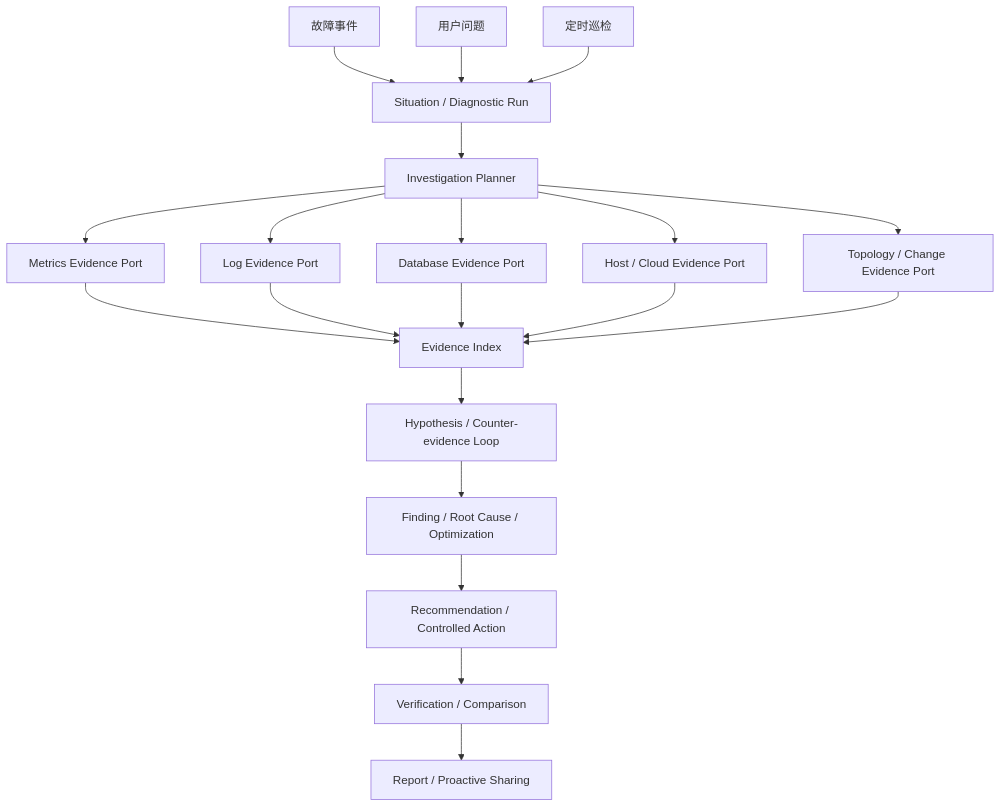
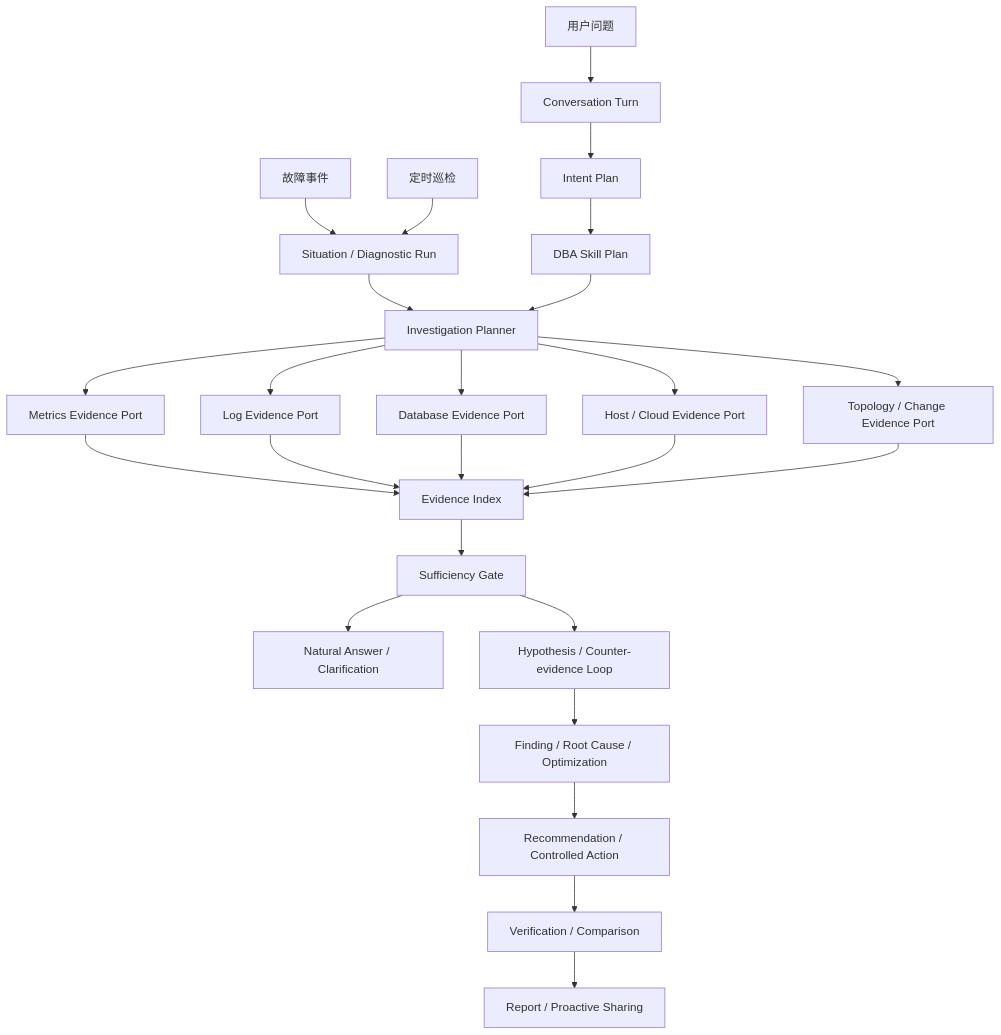
One commit to munger1985/kbot changed the diagram in docs/architecture/aiops-agent.md. Above: the diagram before and after it, drawn with Mermaid. The commit also changed other lines of this file and 5 other files, not shown here.

````diff
--- a/docs/architecture/aiops-agent.md
+++ b/docs/architecture/aiops-agent.md
@@ -13,25 +15,30 @@
 ```mermaid
 flowchart TD
     A1[故障事件] --> SIT[Situation / Diagnostic Run]
-    A2[用户问题] --> SIT
+    A2[用户问题] --> TURN[Conversation Turn]
     A3[定时巡检] --> SIT
 
     SIT --> PLAN[Investigation Planner]
+    TURN --> IP[Intent Plan]
+    IP --> SP[DBA Skill Plan]
+    SP --> PLAN
     PLAN --> MP[Metrics Evidence Port]
     PLAN --> LP[Log Evidence Port]
     PLAN --> DP[Database Evidence Port]
     PLAN --> HP[Host / Cloud Evidence Port]
     PLAN --> TP[Topology / Change Evidence Port]
 
     MP --> EI[Evidence Index]
     LP --> EI
     DP --> EI
     HP --> EI
     TP --> EI
 
-    EI --> H[Hypothesis / Counter-evidence Loop]
+    EI --> SG[Sufficiency Gate]
+    SG --> ANS[Natural Answer / Clarification]
+    SG --> H[Hypothesis / Counter-evidence Loop]
     H --> F[Finding / Root Cause / Optimization]
     F --> R[Recommendation / Controlled Action]
     R --> V[Verification / Comparison]
     V --> REP[Report / Proactive Sharing]
 ```
````
